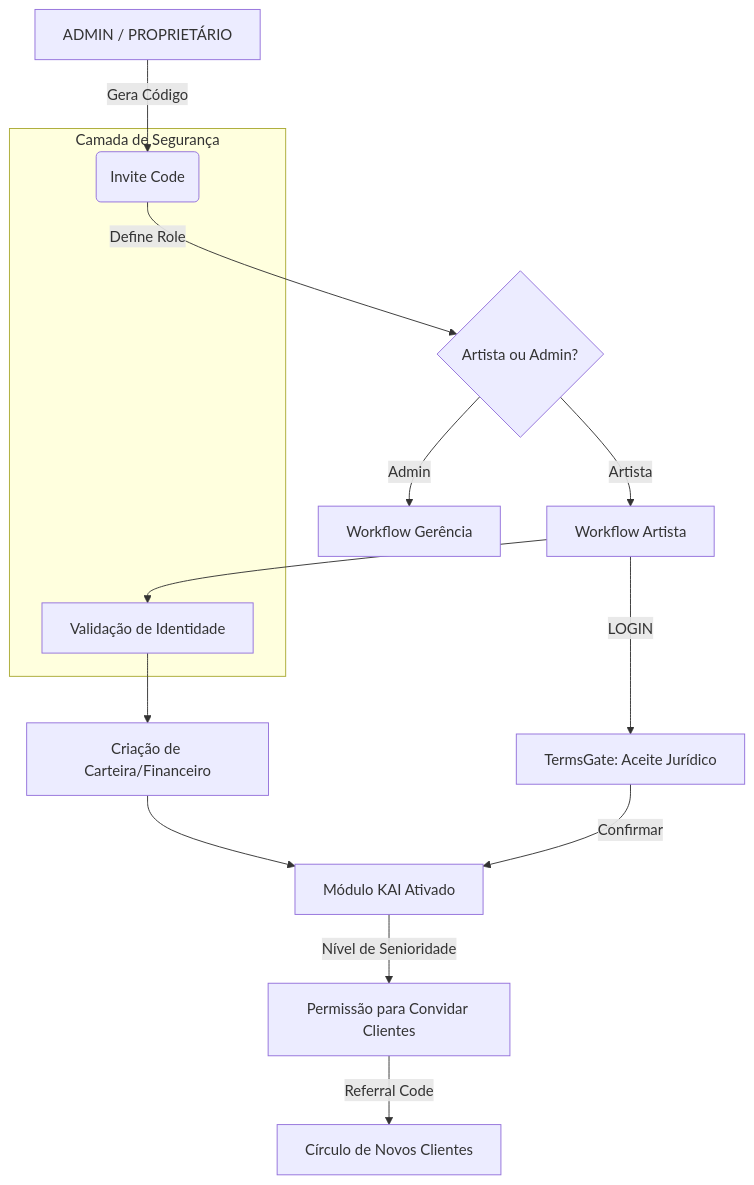
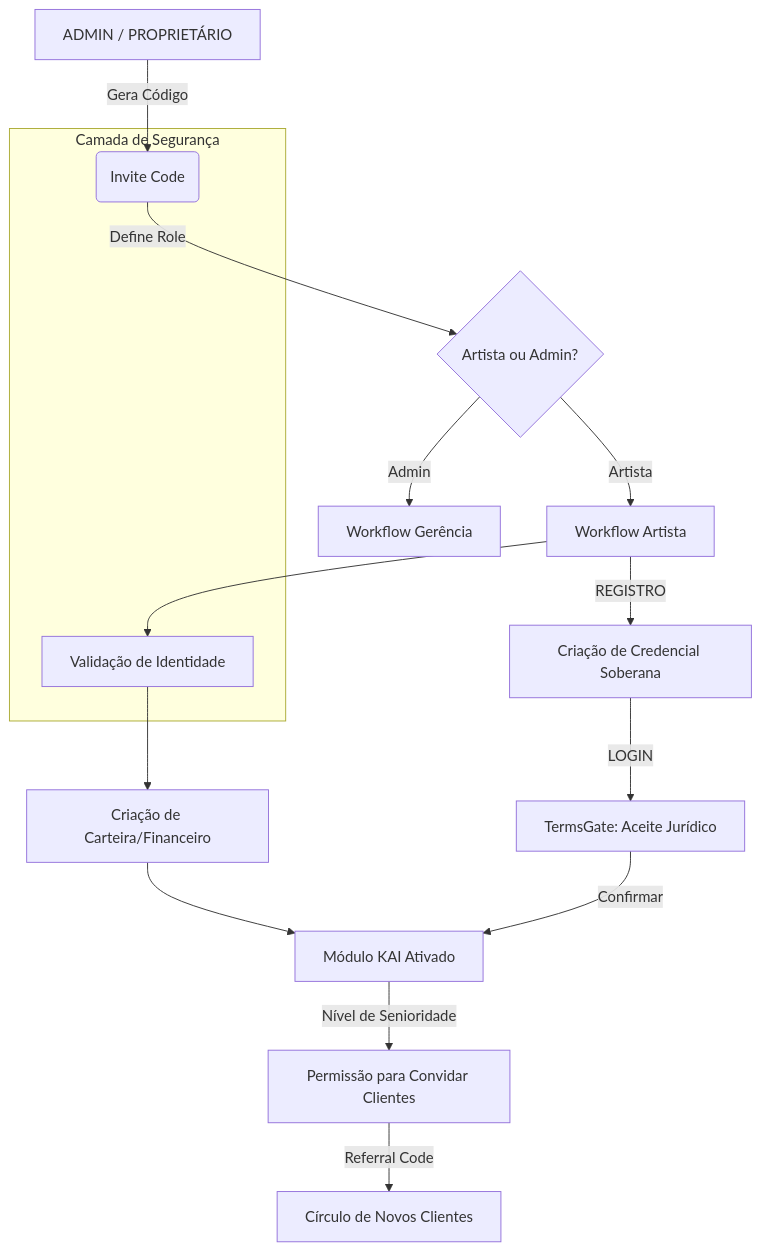
The first of 2 diagrams in SCALING_STRATEGY.md (SH1W4/kronos-sync), drawn with Mermaid before and after one commit. The commit also changed 3 other files, not shown here.

````diff
--- a/SCALING_STRATEGY.md
+++ b/SCALING_STRATEGY.md
@@ -11,23 +11,24 @@
 ```mermaid
 graph TD
     A[ADMIN / PROPRIETÁRIO] -->|Gera Código| B(Invite Code)
     B -->|Define Role| C{Artista ou Admin?}
     
     C -->|Artista| D[Workflow Artista]
     C -->|Admin| E[Workflow Gerência]
     
     D --> F[Validação de Identidade]
     F --> G[Criação de Carteira/Financeiro]
     G --> H[Módulo KAI Ativado]
     
     H -->|Nível de Senioridade| I[Permissão para Convidar Clientes]
     I -->|Referral Code| J[Círculo de Novos Clientes]
     
-    D -->|LOGIN| K[TermsGate: Aceite Jurídico]
-    K -->|Confirmar| H
+    D -->|REGISTRO| K[Criação de Credencial Soberana]
+    K -->|LOGIN| L[TermsGate: Aceite Jurídico]
+    L -->|Confirmar| H
     
     subgraph "Camada de Segurança"
     B
     F
     end
 ```
````
